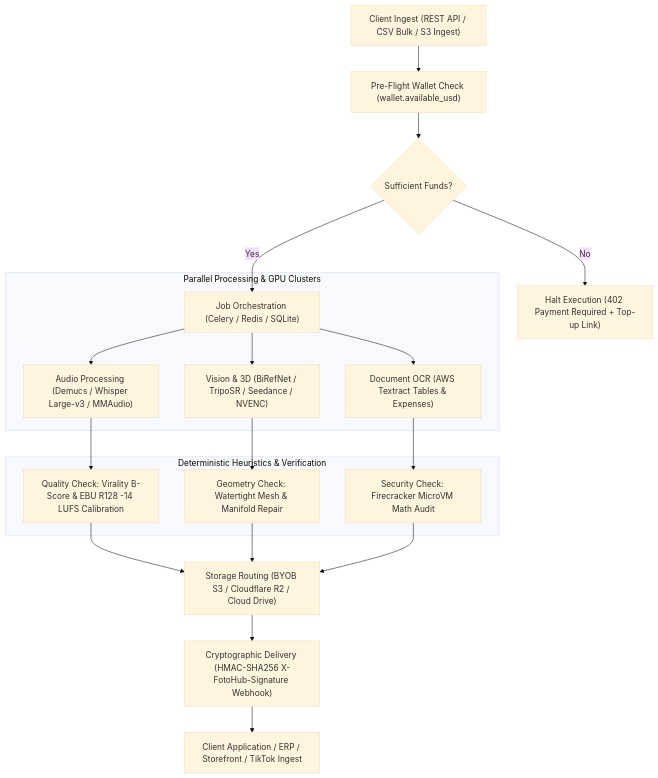
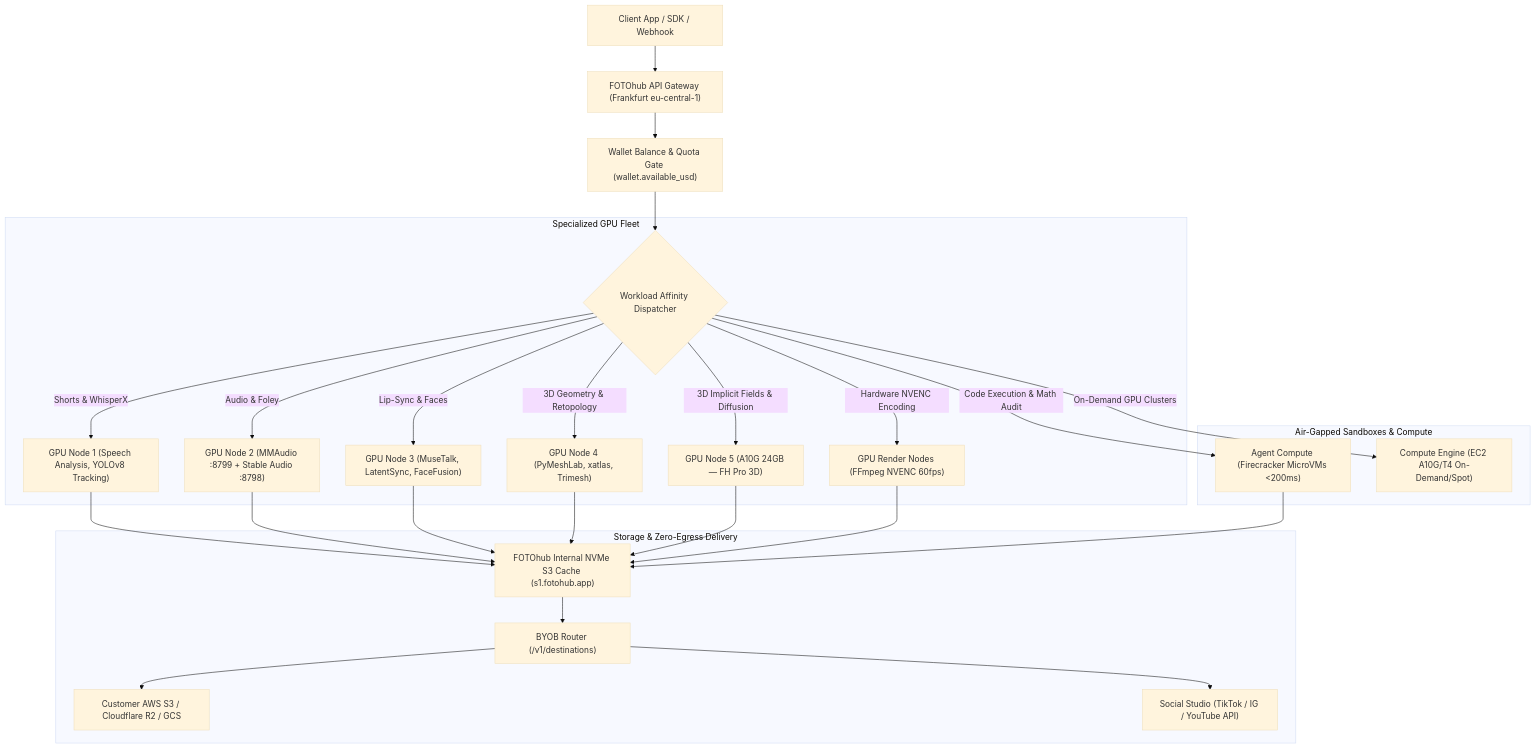
The diagram in recipes/overview.md (fotohubapp/docs), drawn with Mermaid (base theme) before and after one commit. The commit also changed other lines of this file and 61 other files, not shown here.

First line of the commit message:
docs: recipes and SDK pages catch up with the current API surface

````diff
--- a/recipes/overview.md
+++ b/recipes/overview.md
@@ -33,23 +33,27 @@
 ```mermaid
 flowchart TD
-    A["Client Ingest (REST API / CSV Bulk / S3 Ingest)"] --> B["Pre-Flight Wallet Check (wallet.available_usd)"]
-    B --> C{"Sufficient Funds?"}
-    C -->|"No"| D["Halt Execution (402 Payment Required + Top-up Link)"]
-    C -->|"Yes"| E["Job Orchestration (Celery / Redis / SQLite)"]
-    
-    subgraph "Parallel Processing & GPU Clusters"
-        E --> F1["Audio Processing (Demucs / Whisper Large-v3 / MMAudio)"]
-        E --> F2["Vision & 3D (BiRefNet / TripoSR / Seedance / NVENC)"]
-        E --> F3["Document OCR (AWS Textract Tables & Expenses)"]
+    Client["Client App / SDK / Webhook"] --> API["FOTOhub API Gateway (Frankfurt eu-central-1)"]
+    API --> Preflight["Wallet Balance & Quota Gate (wallet.available_usd)"]
+    Preflight --> Router{"Workload Affinity Dispatcher"}
+
+    subgraph "Specialized GPU Fleet"
+        Router -->|"Shorts & WhisperX"| GPU1["GPU Node 1 (Speech Analysis, YOLOv8 Tracking)"]
+        Router -->|"Audio & Foley"| GPU2["GPU Node 2 (MMAudio :8799 + Stable Audio :8798)"]
+        Router -->|"Lip-Sync & Faces"| GPU3["GPU Node 3 (MuseTalk, LatentSync, FaceFusion)"]
+        Router -->|"3D Geometry & Retopology"| GPU4["GPU Node 4 (PyMeshLab, xatlas, Trimesh)"]
+        Router -->|"3D Implicit Fields & Diffusion"| GPU5["GPU Node 5 (A10G 24GB — FH Pro 3D)"]
+        Router -->|"Hardware NVENC Encoding"| NVENC["GPU Render Nodes (FFmpeg NVENC 60fps)"]
     end
-    
-    subgraph "Deterministic Heuristics & Verification"
-        F1 --> G1["Quality Check: Virality B-Score & EBU R128 -14 LUFS Calibration"]
-        F2 --> G2["Geometry Check: Watertight Mesh & Manifold Repair"]
-        F3 --> G3["Security Check: Firecracker MicroVM Math Audit"]
+
+    subgraph "Air-Gapped Sandboxes & Compute"
+        Router -->|"Code Execution & Math Audit"| Firecracker["Agent Compute (Firecracker MicroVMs <200ms)"]
+        Router -->|"On-Demand GPU Clusters"| ComputeEngine["Compute Engine (EC2 A10G/T4 On-Demand/Spot)"]
     end
-    
-    G1 & G2 & G3 --> H["Storage Routing (BYOB S3 / Cloudflare R2 / Cloud Drive)"]
-    H --> I["Cryptographic Delivery (HMAC-SHA256 X-FotoHub-Signature Webhook)"]
-    I --> J["Client Application / ERP / Storefront / TikTok Ingest"]
+
+    subgraph "Storage & Zero-Egress Delivery"
+        GPU1 & GPU2 & GPU3 & GPU4 & GPU5 & NVENC & Firecracker --> S3Cache["FOTOhub Internal NVMe S3 Cache (s1.fotohub.app)"]
+        S3Cache --> Destinations["BYOB Router (/v1/destinations)"]
+        Destinations --> ExternalS3["Customer AWS S3 / Cloudflare R2 / GCS"]
+        Destinations --> SocialPublish["Social Studio (TikTok / IG / YouTube API)"]
+    end
 ```
````
